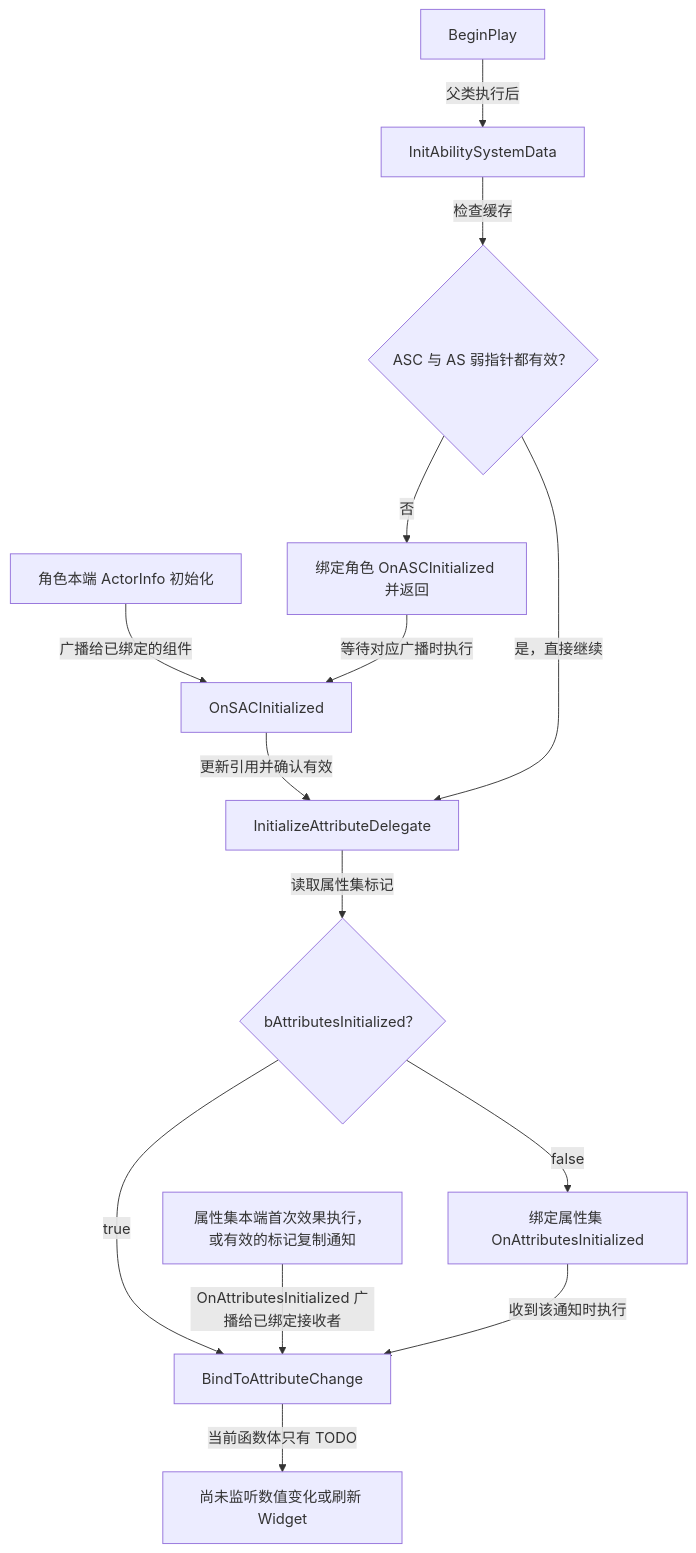
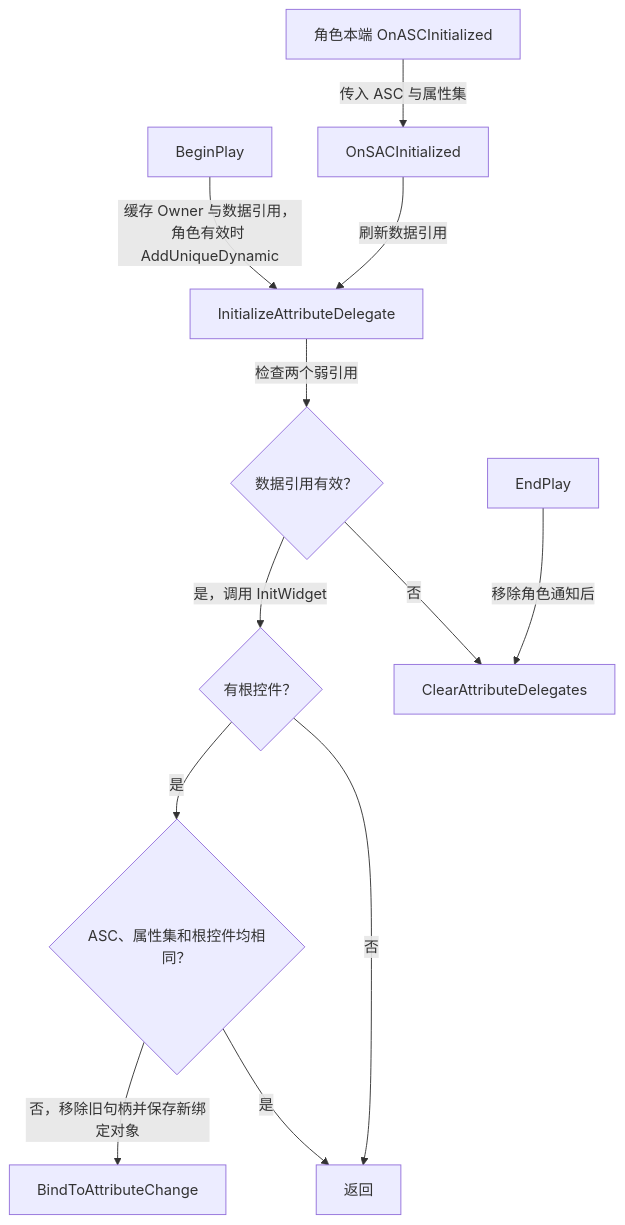
One commit to xue1ong/GAS_StudyNotes changed the first of 2 diagrams in UI/WidgetComponent.md. Above: the diagram before and after it, drawn with Mermaid. The commit also changed other lines of this file and 11 other files, not shown here.

First line of the commit message:
docs: document attribute widget updates and health depletion

````diff
--- a/UI/WidgetComponent.md
+++ b/UI/WidgetComponent.md
@@ -94,16 +32,14 @@
 ```mermaid
 flowchart TD
-    begin["BeginPlay"] -->|"父类执行后"| cache["InitAbilitySystemData"]
-    cache -->|"检查缓存"| valid{"ASC 与 AS 弱指针都有效？"}
-    valid -->|"否"| waitRole["绑定角色 OnASCInitialized 并返回"]
-    role["角色本端 ActorInfo 初始化"] -->|"广播给已绑定的组件"| callback["OnSACInitialized"]
-    waitRole -->|"等待对应广播时执行"| callback
-    callback -->|"更新引用并确认有效"| init["InitializeAttributeDelegate"]
-    valid -->|"是，直接继续"| init
-    init -->|"读取属性集标记"| ready{"bAttributesInitialized？"}
-    ready -->|"false"| waitAttributes["绑定属性集 OnAttributesInitialized"]
-    ready -->|"true"| bind["BindToAttributeChange"]
-    attributes["属性集本端首次效果执行，或有效的标记复制通知"] -->|"OnAttributesInitialized 广播给已绑定接收者"| bind
-    waitAttributes -->|"收到该通知时执行"| bind
-    bind -->|"当前函数体只有 TODO"| pending["尚未监听数值变化或刷新 Widget"]
+    begin["BeginPlay"] -->|"缓存 Owner 与数据引用，角色有效时 AddUniqueDynamic"| prepare["InitializeAttributeDelegate"]
+    signal["角色本端 OnASCInitialized"] -->|"传入 ASC 与属性集"| callback["OnSACInitialized"]
+    callback -->|"刷新数据引用"| prepare
+    prepare -->|"检查两个弱引用"| valid{"数据引用有效？"}
+    valid -->|"否"| clear["ClearAttributeDelegates"]
+    valid -->|"是，调用 InitWidget"| widget{"有根控件？"}
+    widget -->|"否"| done["返回"]
+    widget -->|"是"| same{"ASC、属性集和根控件均相同？"}
+    same -->|"是"| done
+    same -->|"否，移除旧句柄并保存新绑定对象"| bind["BindToAttributeChange"]
+    finish["EndPlay"] -->|"移除角色通知后"| clear
 ```
````
